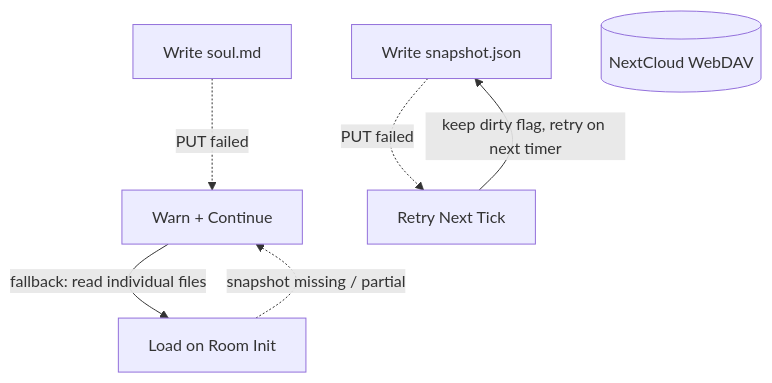
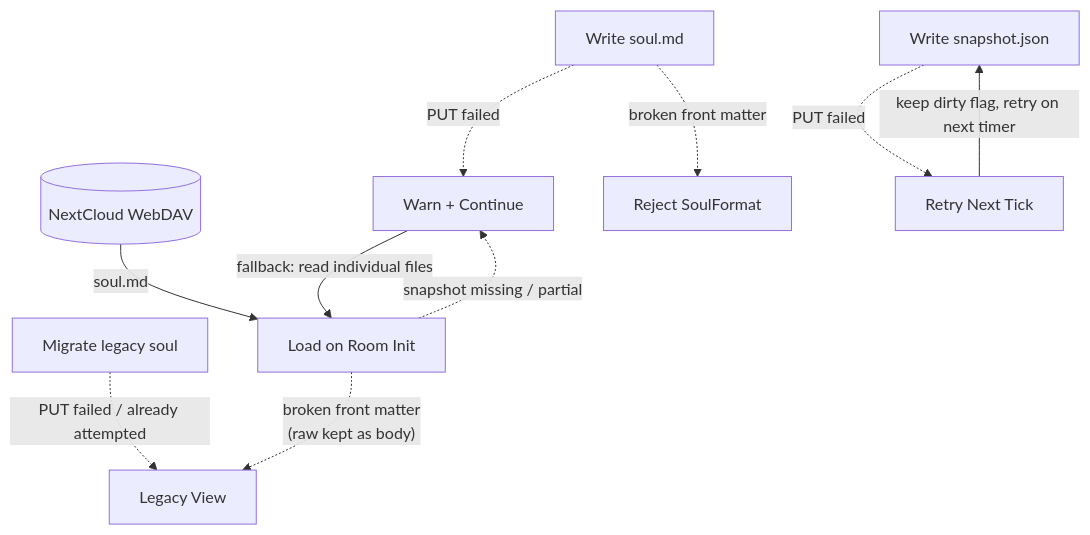
Before and after one commit to cosmoswafer/rockbot: the diagram in _dfd/memory/memory/level-2/error-handling.md, drawn with Mermaid. The commit also changed other lines of this file and 22 other files, not shown here.

Commit message:
Soul format: YAML front matter + legacy name migration (closes #105)

````diff
--- a/_dfd/memory/memory/level-2/error-handling.md
+++ b/_dfd/memory/memory/level-2/error-handling.md
@@ -13,15 +15,22 @@
 ```mermaid
 flowchart TD
     SOUL_WRITE[Write soul.md]
     SNAP_WRITE[Write snapshot.json]
+    MIGRATE[Migrate legacy soul]
     DAV[(NextCloud WebDAV)]
     LOAD[Load on Room Init]
     WARN[Warn + Continue]
     RETRY[Retry Next Tick]
+    LEGACY[Legacy View]
+    REJECT[Reject SoulFormat]
 
     SNAP_WRITE -.->|"PUT failed"| RETRY
     SOUL_WRITE -.->|"PUT failed"| WARN
+    SOUL_WRITE -.->|"broken front matter"| REJECT
+    MIGRATE -.->|"PUT failed / already attempted"| LEGACY
     LOAD -.->|"snapshot missing / partial"| WARN
+    LOAD -.->|"broken front matter<br/>(raw kept as body)"| LEGACY
     WARN -->|"fallback: read individual files"| LOAD
     RETRY -->|"keep dirty flag, retry on next timer"| SNAP_WRITE
+    DAV -->|"soul.md"| LOAD
 ```
````
